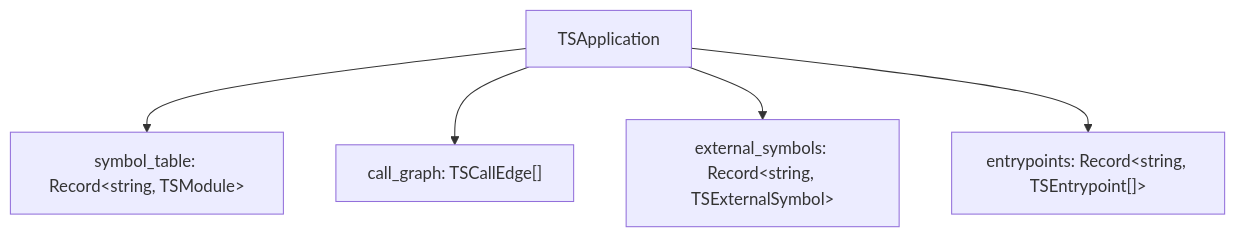
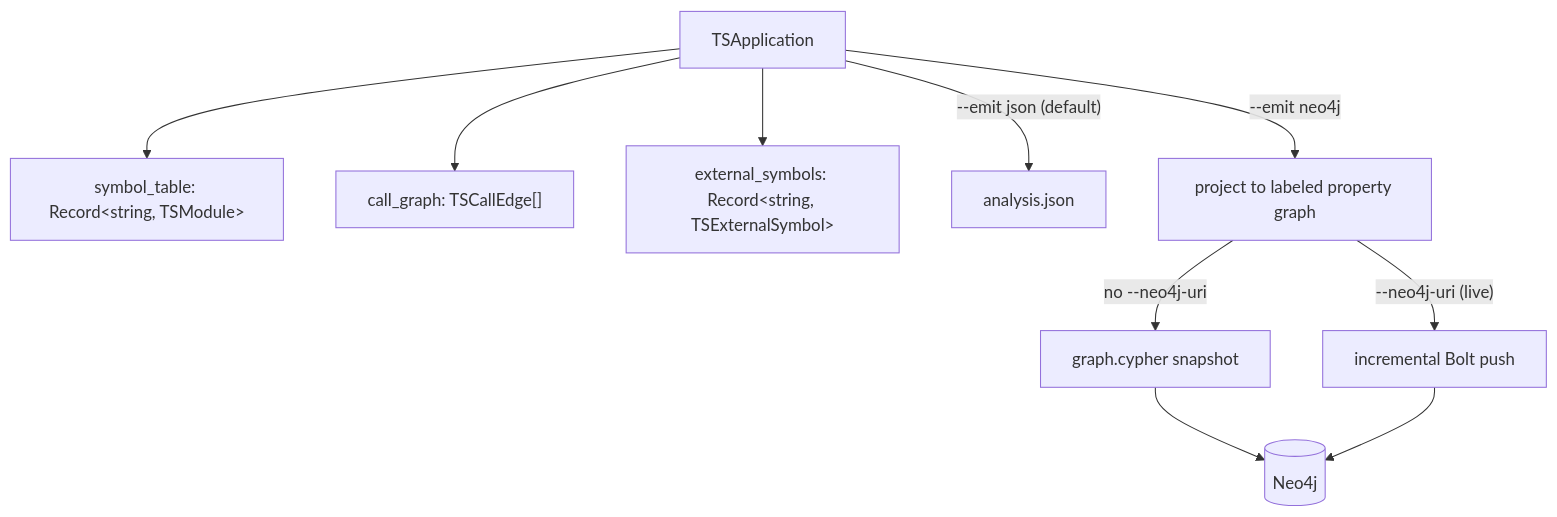
Before and after one commit to codellm-devkit/codeanalyzer-typescript: the first of 5 diagrams in src/content/docs/guides/concepts.mdx, drawn with Mermaid. The commit also changed other lines of this file and 13 other files, not shown here.

First line of the commit message:
docs: document Neo4j property-graph output (scale, Kubernetes, enterprise)

````diff
--- a/src/content/docs/guides/concepts.mdx
+++ b/src/content/docs/guides/concepts.mdx
@@ -10,12 +10,17 @@
 ```mermaid
 flowchart TB
     APP["TSApplication"]
     ST["symbol_table: Record&lt;string, TSModule&gt;"]
     CG["call_graph: TSCallEdge[]"]
     EX["external_symbols: Record&lt;string, TSExternalSymbol&gt;"]
-    EP["entrypoints: Record&lt;string, TSEntrypoint[]&gt;"]
     APP --> ST
     APP --> CG
     APP --> EX
-    APP --> EP
+
+    APP -->|"--emit json (default)"| JSON["analysis.json"]
+    APP -->|"--emit neo4j"| PROJ["project to labeled property graph"]
+    PROJ -->|"no --neo4j-uri"| SNAP["graph.cypher snapshot"]
+    PROJ -->|"--neo4j-uri (live)"| BOLT["incremental Bolt push"]
+    SNAP --> DB[("Neo4j")]
+    BOLT --> DB
 ```
````
